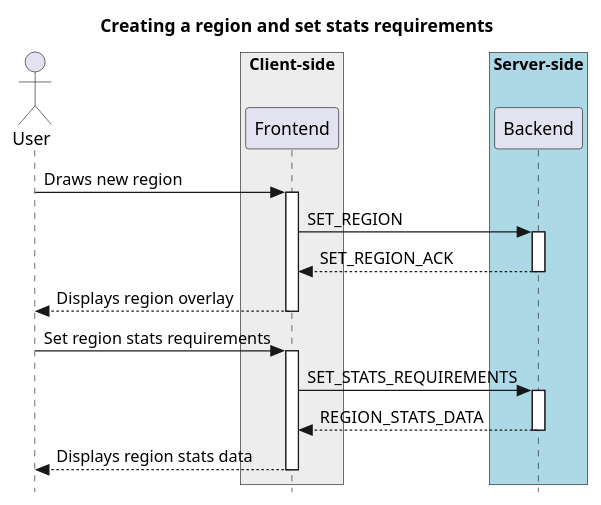
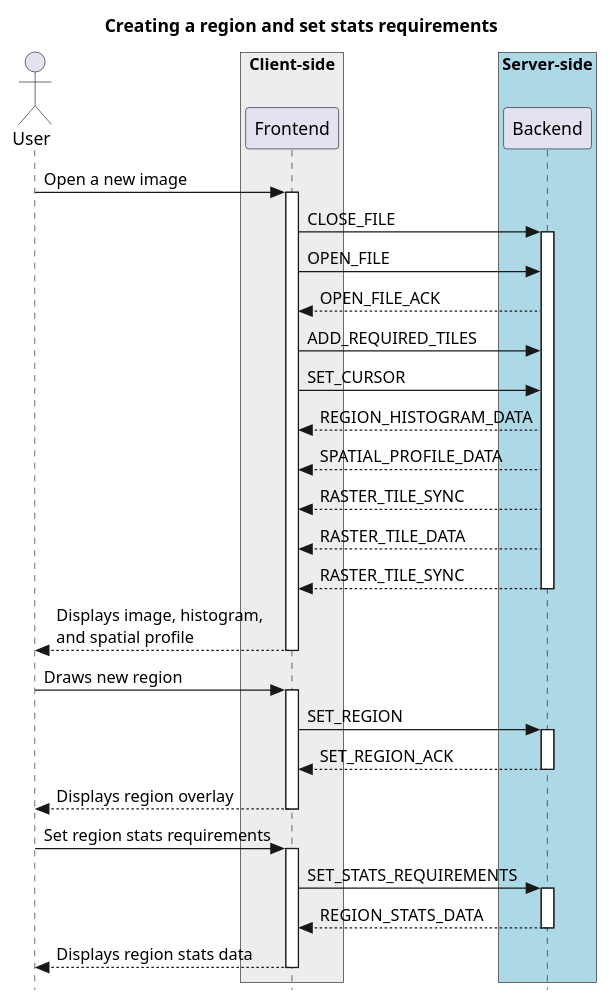
Before and after one commit to CARTAvis/ICD-RxJS: the diagram in docs/source/region_stats.rst, drawn with PlantUML.

Commit message:
Edit the Region Statistics section

```diff
--- a/docs/source/region_stats.rst
+++ b/docs/source/region_stats.rst
@@ -4,33 +4,50 @@
 .. uml::
 
     skinparam style strictuml
     hide footbox
     title Creating a region and set stats requirements
 
     actor User
 
     box "Client-side" #EDEDED
             participant Frontend
     end box
 
     box "Server-side" #lightblue
         participant Backend
     end box
+
+    User -> Frontend: Open a new image
+    activate Frontend
+    Frontend -> Backend : CLOSE_FILE
+    activate Backend
+    Frontend -> Backend : OPEN_FILE
+    Frontend <-- Backend : OPEN_FILE_ACK
+    Frontend -> Backend : ADD_REQUIRED_TILES
+    Frontend -> Backend : SET_CURSOR
+    Frontend <-- Backend : REGION_HISTOGRAM_DATA
+    Frontend <-- Backend : SPATIAL_PROFILE_DATA
+    Frontend <-- Backend : RASTER_TILE_SYNC
+    Frontend <-- Backend : RASTER_TILE_DATA
+    Frontend <-- Backend : RASTER_TILE_SYNC
+    deactivate Backend
+    User <-- Frontend: Displays image, histogram, \nand spatial profile
+    deactivate Frontend
 
     User -> Frontend: Draws new region
     activate Frontend
     Frontend -> Backend : SET_REGION
     activate Backend
     Frontend <-- Backend : SET_REGION_ACK
     deactivate Backend
     User <-- Frontend: Displays region overlay
     deactivate Frontend
 
     User -> Frontend: Set region stats requirements
     activate Frontend
     Frontend -> Backend : SET_STATS_REQUIREMENTS
     activate Backend
     Frontend <-- Backend : REGION_STATS_DATA
     deactivate Backend
     User <-- Frontend: Displays region stats data
     deactivate Frontend
```
